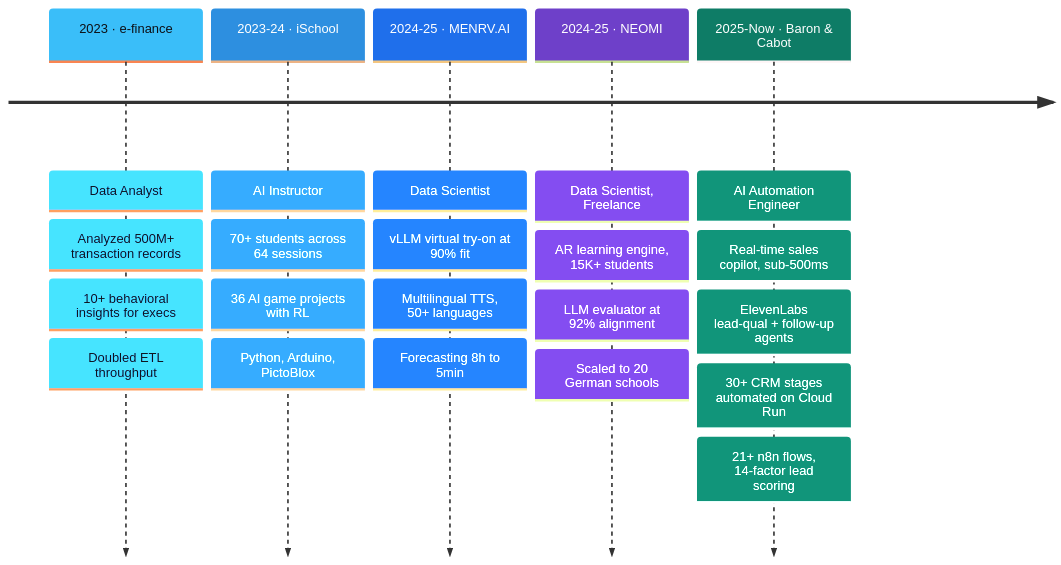
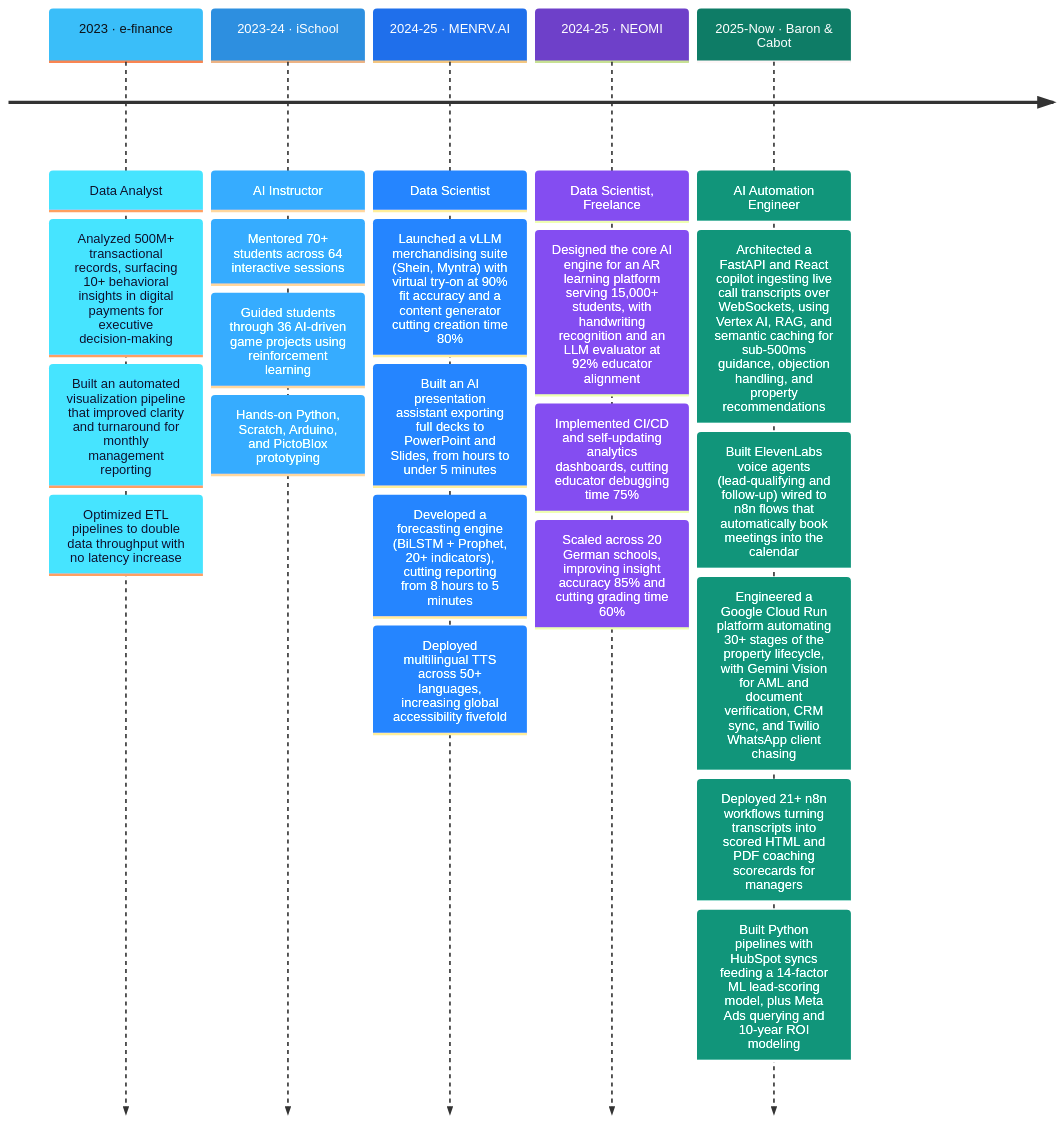
The first of 2 diagrams in README.md (eyadelfar/eyadelfar), drawn with Mermaid before and after one commit.

Commit message:
Revise timeline entries for clarity and detail
Enhanced descriptions of roles and achievements in the timeline section to provide clearer insights into contributions and impact.

````diff
--- a/README.md
+++ b/README.md
@@ -75,9 +75,9 @@
 ```mermaid
 %%{init: {'theme':'base','themeVariables':{'fontFamily':'monospace','cScale0':'#3ABEF9','cScale1':'#2D8FE0','cScale2':'#1F6FEB','cScale3':'#6E40C9','cScale4':'#0E7C66','cScaleLabel0':'#0D1117','cScaleLabel1':'#ffffff','cScaleLabel2':'#ffffff','cScaleLabel3':'#ffffff','cScaleLabel4':'#ffffff'}}}%%
 timeline
-    2023 · e-finance : Data Analyst : Analyzed 500M+ transaction records : 10+ behavioral insights for execs : Doubled ETL throughput
-    2023-24 · iSchool : AI Instructor : 70+ students across 64 sessions : 36 AI game projects with RL : Python, Arduino, PictoBlox
-    2024-25 · MENRV.AI : Data Scientist : vLLM virtual try-on at 90% fit : Multilingual TTS, 50+ languages : Forecasting 8h to 5min
-    2024-25 · NEOMI : Data Scientist, Freelance : AR learning engine, 15K+ students : LLM evaluator at 92% alignment : Scaled to 20 German schools
-    2025-Now · Baron & Cabot : AI Automation Engineer : Real-time sales copilot, sub-500ms : ElevenLabs lead-qual + follow-up agents : 30+ CRM stages automated on Cloud Run : 21+ n8n flows, 14-factor lead scoring
+    2023 · e-finance : Data Analyst : Analyzed 500M+ transactional records, surfacing 10+ behavioral insights in digital payments for executive decision-making : Built an automated visualization pipeline that improved clarity and turnaround for monthly management reporting : Optimized ETL pipelines to double data throughput with no latency increase
+    2023-24 · iSchool : AI Instructor : Mentored 70+ students across 64 interactive sessions : Guided students through 36 AI-driven game projects using reinforcement learning : Hands-on Python, Scratch, Arduino, and PictoBlox prototyping
+    2024-25 · MENRV.AI : Data Scientist : Launched a vLLM merchandising suite (Shein, Myntra) with virtual try-on at 90% fit accuracy and a content generator cutting creation time 80% : Built an AI presentation assistant exporting full decks to PowerPoint and Slides, from hours to under 5 minutes : Developed a forecasting engine (BiLSTM + Prophet, 20+ indicators), cutting reporting from 8 hours to 5 minutes : Deployed multilingual TTS across 50+ languages, increasing global accessibility fivefold
+    2024-25 · NEOMI : Data Scientist, Freelance : Designed the core AI engine for an AR learning platform serving 15,000+ students, with handwriting recognition and an LLM evaluator at 92% educator alignment : Implemented CI/CD and self-updating analytics dashboards, cutting educator debugging time 75% : Scaled across 20 German schools, improving insight accuracy 85% and cutting grading time 60%
+    2025-Now · Baron & Cabot : AI Automation Engineer : Architected a FastAPI and React copilot ingesting live call transcripts over WebSockets, using Vertex AI, RAG, and semantic caching for sub-500ms guidance, objection handling, and property recommendations : Built ElevenLabs voice agents (lead-qualifying and follow-up) wired to n8n flows that automatically book meetings into the calendar : Engineered a Google Cloud Run platform automating 30+ stages of the property lifecycle, with Gemini Vision for AML and document verification, CRM sync, and Twilio WhatsApp client chasing : Deployed 21+ n8n workflows turning transcripts into scored HTML and PDF coaching scorecards for managers : Built Python pipelines with HubSpot syncs feeding a 14-factor ML lead-scoring model, plus Meta Ads querying and 10-year ROI modeling
 ```
````
